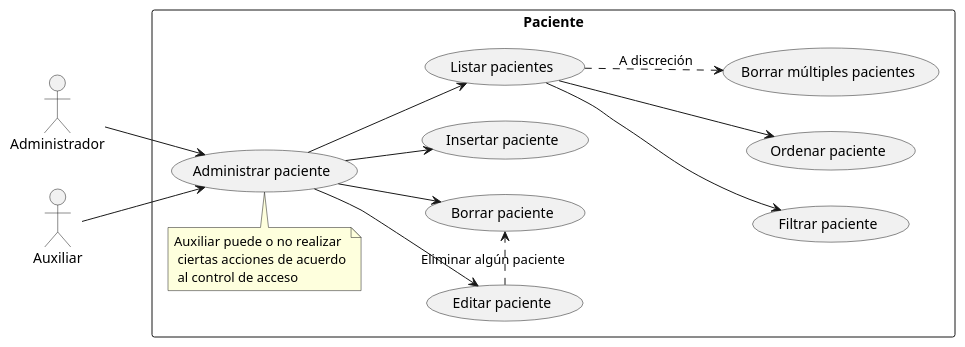
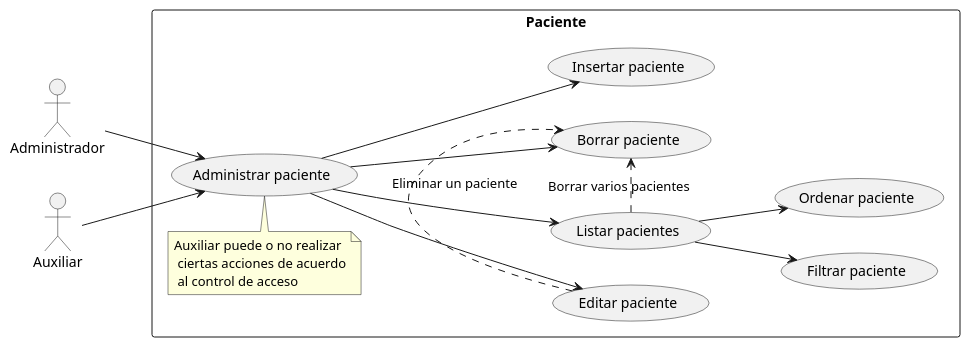
The diagram in ROOT/modules/proyecto/puml/pacientes-usecase.puml (capsi-ucp/capsi-ucp.github.io), drawn with PlantUML before and after one commit.

Commit message:
Correcciones a casos de uso de pacientes

```diff
--- a/ROOT/modules/proyecto/puml/pacientes-usecase.puml
+++ b/ROOT/modules/proyecto/puml/pacientes-usecase.puml
@@ -1,30 +1,30 @@
 @startuml
 left to right direction
 actor Administrador
 actor Auxiliar
 
-rectangle Paciente {  
+rectangle Paciente {
   usecase "Administrar paciente" as CRUD
   usecase "Insertar paciente" as C
   usecase "Listar pacientes" as R
   usecase "Editar paciente" as U
   usecase "Borrar paciente" as D
   usecase "Filtrar paciente" as Searchable
   usecase "Ordenar paciente" as Sortable
-  usecase "Borrar múltiples pacientes" as Bulk
   note "Auxiliar puede o no realizar\r\n ciertas acciones de acuerdo\r\n al control de acceso" as Acl
 }
+
 CRUD --> C
 CRUD --> R
 CRUD --> U
 CRUD --> D
 
 R --> Searchable
 R --> Sortable
-R -.> Bulk: "A discreción"
-U .> D: "Eliminar algún paciente"
+U .> D: "Eliminar un paciente"
+R .> D: "Borrar varios pacientes"
 
 Administrador --> CRUD
 Auxiliar --> CRUD
 Acl -> CRUD
 @enduml
```
